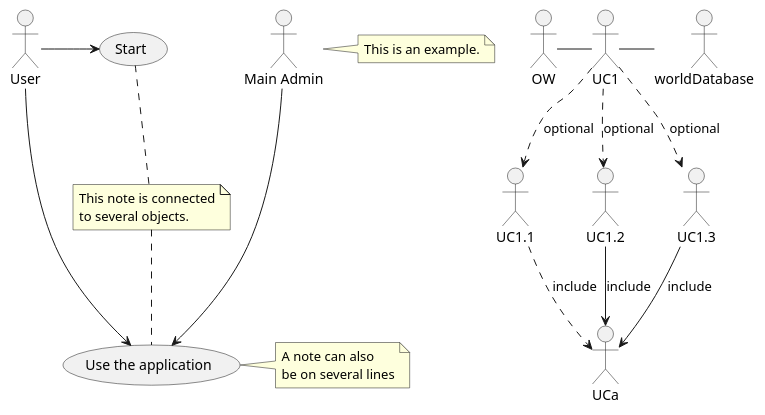
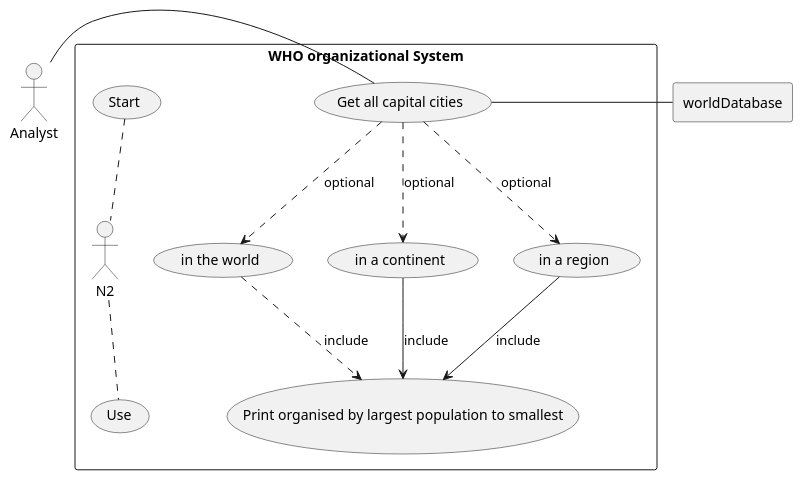
One commit to careykva/Group_4 changed the diagram in population_use_case/cities by population.puml. Above: the diagram before and after it, drawn with PlantUML.

Commit message:
Update to Cities Pop

```diff
--- a/population_use_case/cities by population.puml
+++ b/population_use_case/cities by population.puml
@@ -1,30 +1,23 @@
 @startuml
-'https://plantuml.com/use-case-diagram
+actor AL as "Analyst"
 
-:Main Admin: as Admin
-(Use the application) as (Use)
+rectangle worldDatabase
 
-User -> (Start)
-User --> (Use)
+rectangle "WHO organizational System" {
+	usecase UC1 as "Get all capital cities"
+	usecase UC1.1 as "in the world"
+	usecase UC1.2 as "in a continent"
+	usecase UC1.3 as "in a region"
 
-Admin ---> (Use)
-
-note right of Admin : This is an example.
-
-note right of (Use)
-A note can also
-be on several lines
-end note
-
-note "This note is connected\nto several objects." as N2
+	usecase UCa as "Print organised by largest population to smallest"
 (Start) .. N2
 N2 .. (Use)
-OW - UC1
+AL - UC1
 UC1 ..> UC1.1 : optional
     UC1.1 ..>UCa : include
 UC1 ..> UC1.2 : optional
     UC1.2 --> UCa : include
 UC1 ..> UC1.3 : optional
     UC1.3 --> UCa : include
 UC1 - worldDatabase
 @enduml
```
